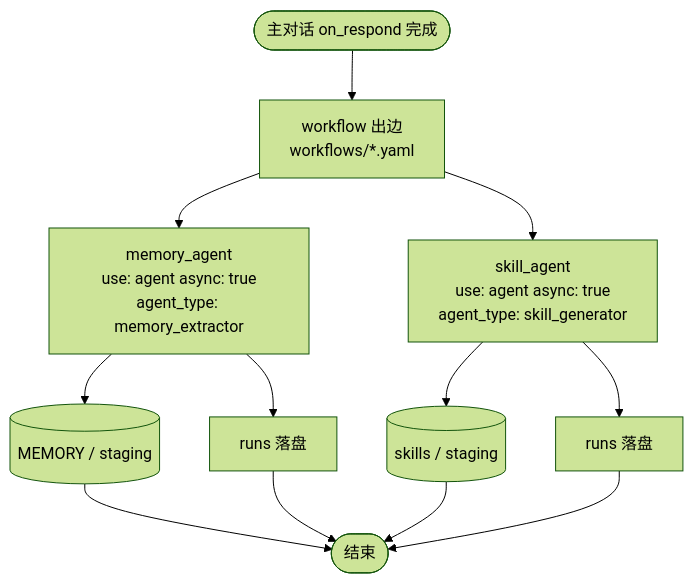
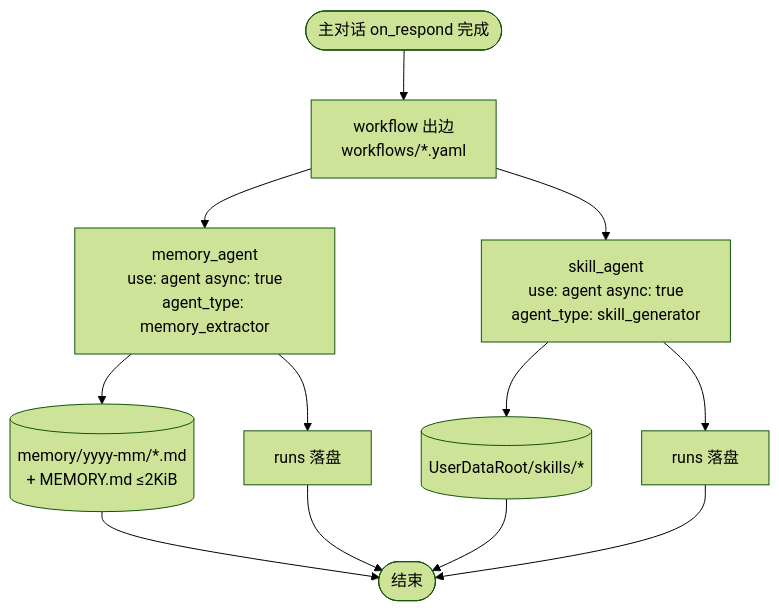
The fifth of 9 diagrams in docs/architecture.md (lengzhao/oneclaw), drawn with Mermaid (forest theme) before and after one commit. The commit also changed other lines of this file and 70 other files, not shown here.

````diff
--- a/docs/architecture.md
+++ b/docs/architecture.md
@@ -158,14 +158,14 @@
 ```mermaid
 flowchart TD
   MAIN([主对话 on_respond 完成]) --> Q[workflow 出边<br/>workflows/*.yaml]
   Q --> M["memory_agent<br/>use: agent async: true<br/>agent_type: memory_extractor"]
   Q --> S["skill_agent<br/>use: agent async: true<br/>agent_type: skill_generator"]
-  M --> DISK1[(MEMORY / staging)]
-  S --> DISK2[(skills / staging)]
+  M --> DISK1[("memory/yyyy-mm/*.md<br/>+ MEMORY.md ≤2KiB")]
+  S --> DISK2[("UserDataRoot/skills/*")]
   M --> LOG1[runs 落盘]
   S --> LOG2[runs 落盘]
   DISK1 --> DONE([结束])
   DISK2 --> DONE
   LOG1 --> DONE
   LOG2 --> DONE
 ```
````
